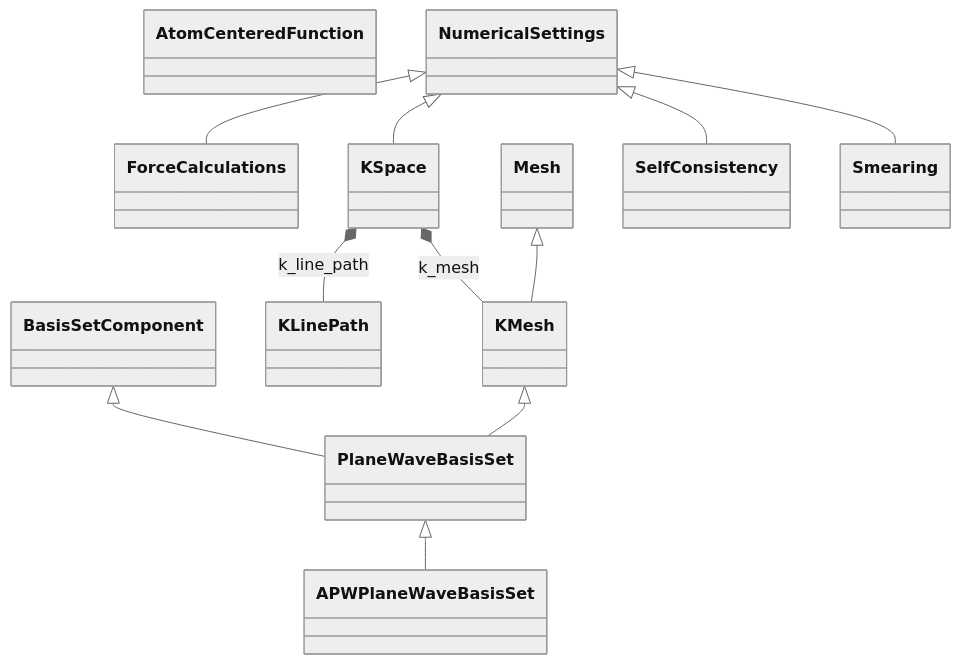
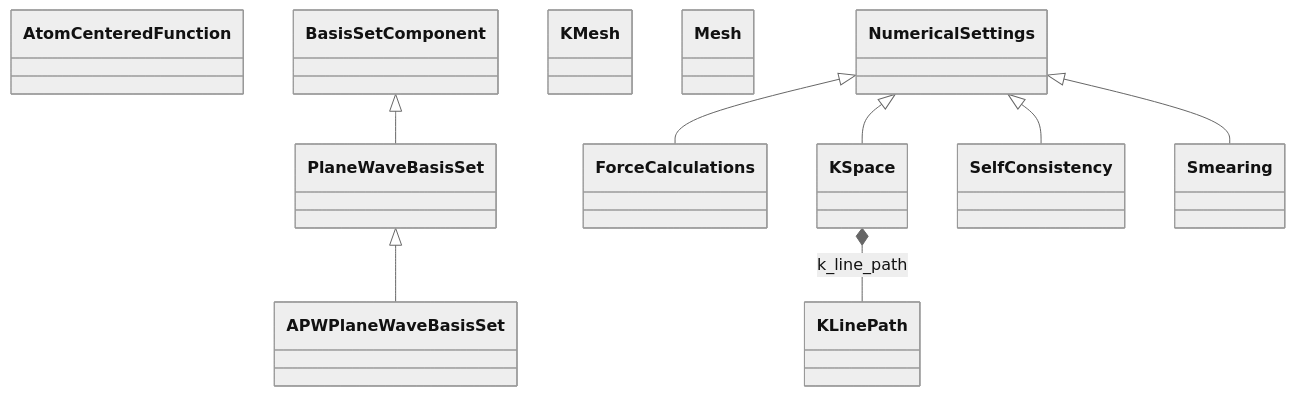
Before and after one commit to FAIRmat-NFDI/nomad-simulations: the diagram in docs/schema/numerical_settings.md, drawn with Mermaid (neutral theme). The commit also changed other lines of this file and 9 other files, not shown here.

````diff
--- a/docs/schema/numerical_settings.md
+++ b/docs/schema/numerical_settings.md
@@ -11,25 +11,22 @@
 ```mermaid
 classDiagram
     class APWPlaneWaveBasisSet
     class AtomCenteredFunction
     class BasisSetComponent
     class ForceCalculations
     class KLinePath
     class KMesh
     class KSpace
     class Mesh
     class NumericalSettings
     class PlaneWaveBasisSet
     class SelfConsistency
     class Smearing
     PlaneWaveBasisSet <|-- APWPlaneWaveBasisSet
     NumericalSettings <|-- ForceCalculations
-    Mesh <|-- KMesh
     NumericalSettings <|-- KSpace
     BasisSetComponent <|-- PlaneWaveBasisSet
-    KMesh <|-- PlaneWaveBasisSet
     NumericalSettings <|-- SelfConsistency
     NumericalSettings <|-- Smearing
     KSpace *-- KLinePath : k_line_path
-    KSpace *-- KMesh : k_mesh
 ```
````
